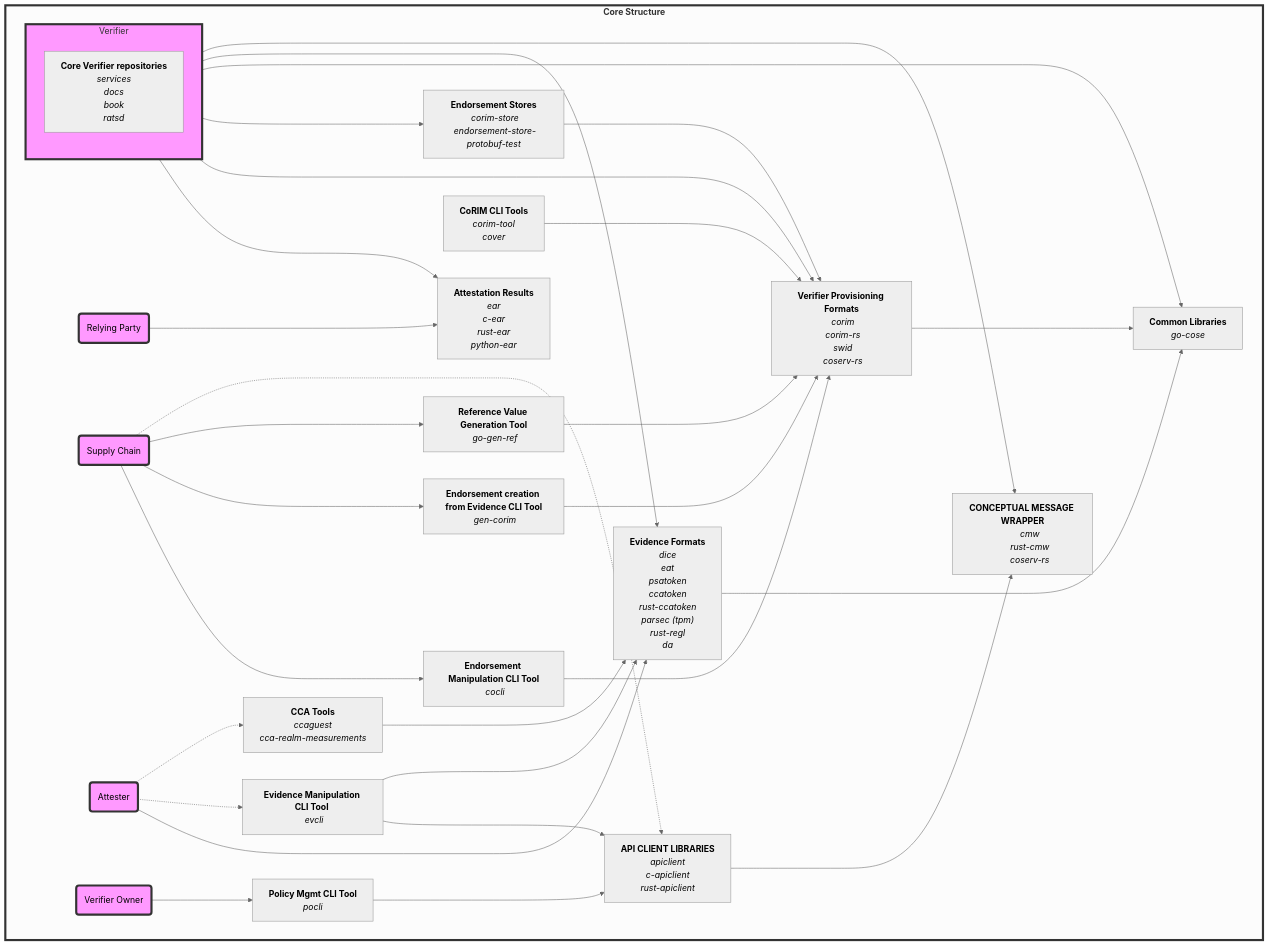
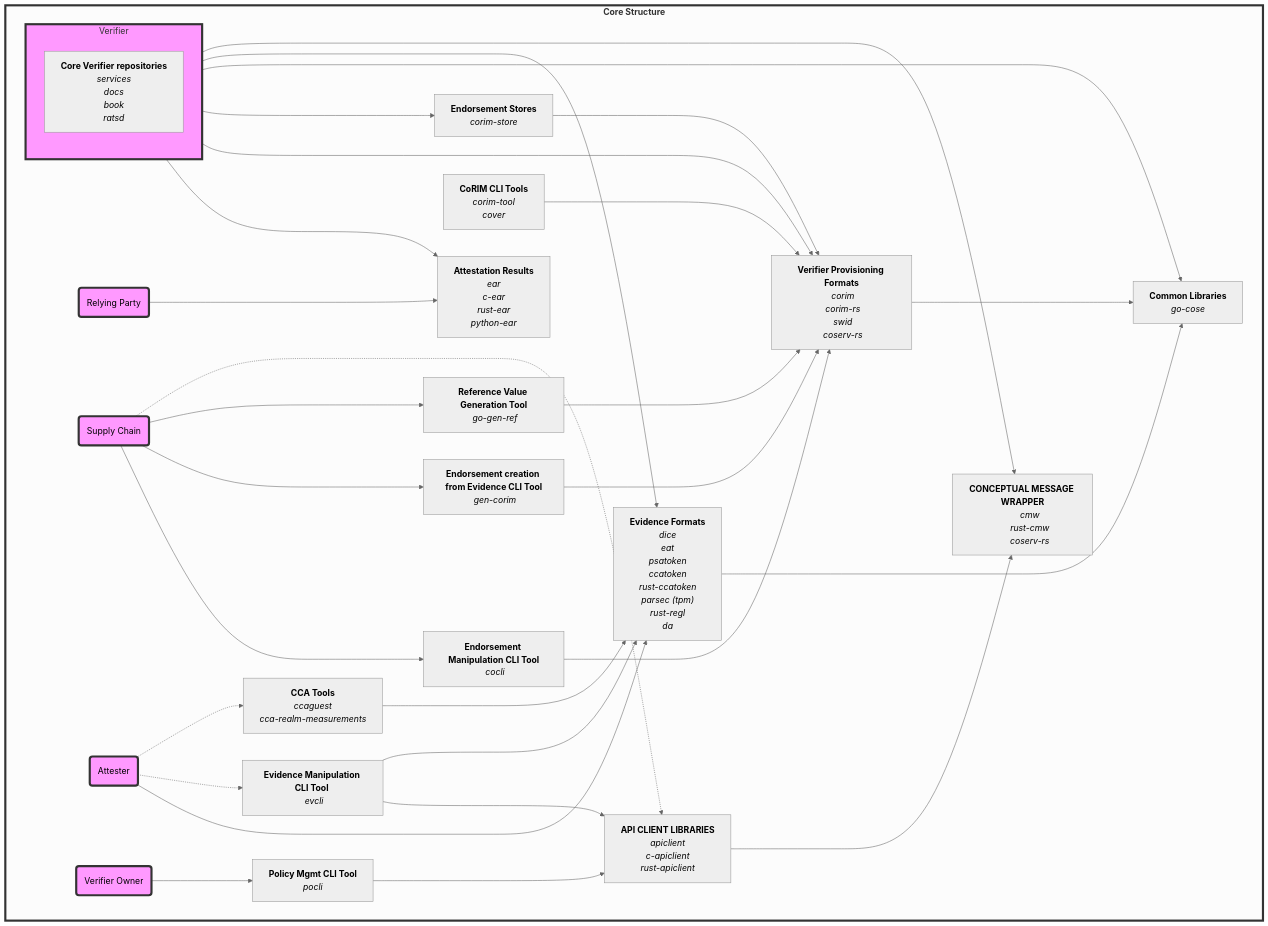
The second of 4 diagrams in repo-guide.md (veraison/docs), drawn with Mermaid (neutral theme) before and after one commit. The commit also changed other lines of this file, not shown here.

```diff
--- a/repo-guide.md
+++ b/repo-guide.md
@@ -194,7 +187,7 @@
 
 ESTORE["<b>Endorsement Stores</b>
  <i>corim-store</i>
- <i>endorsement-store-protobuf-test</i>"]
+ "]
 ESTORE ---> VPF
 
 EF["<b>Evidence Formats</b> 
```
